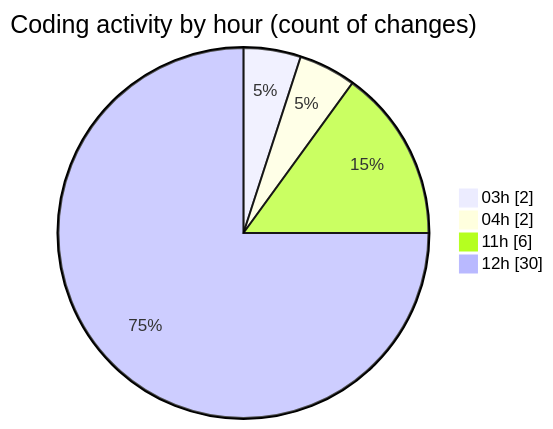
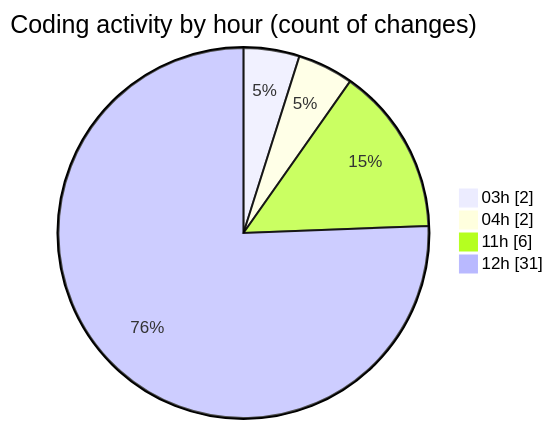
Before and after one commit to FelipKnott/code-tracking: the second of 2 diagrams in 2025-07-04/cursor/README.md, drawn with Mermaid. The commit also changed other lines of this file and 1 other file, not shown here.

````diff
--- a/2025-07-04/cursor/README.md
+++ b/2025-07-04/cursor/README.md
@@ -45,8 +45,8 @@
 ```mermaid
 pie showData
 title Coding activity by hour (count of changes)
 "03h" : 2
 "04h" : 2
 "11h" : 6
-"12h" : 30
+"12h" : 31
 ```
````
